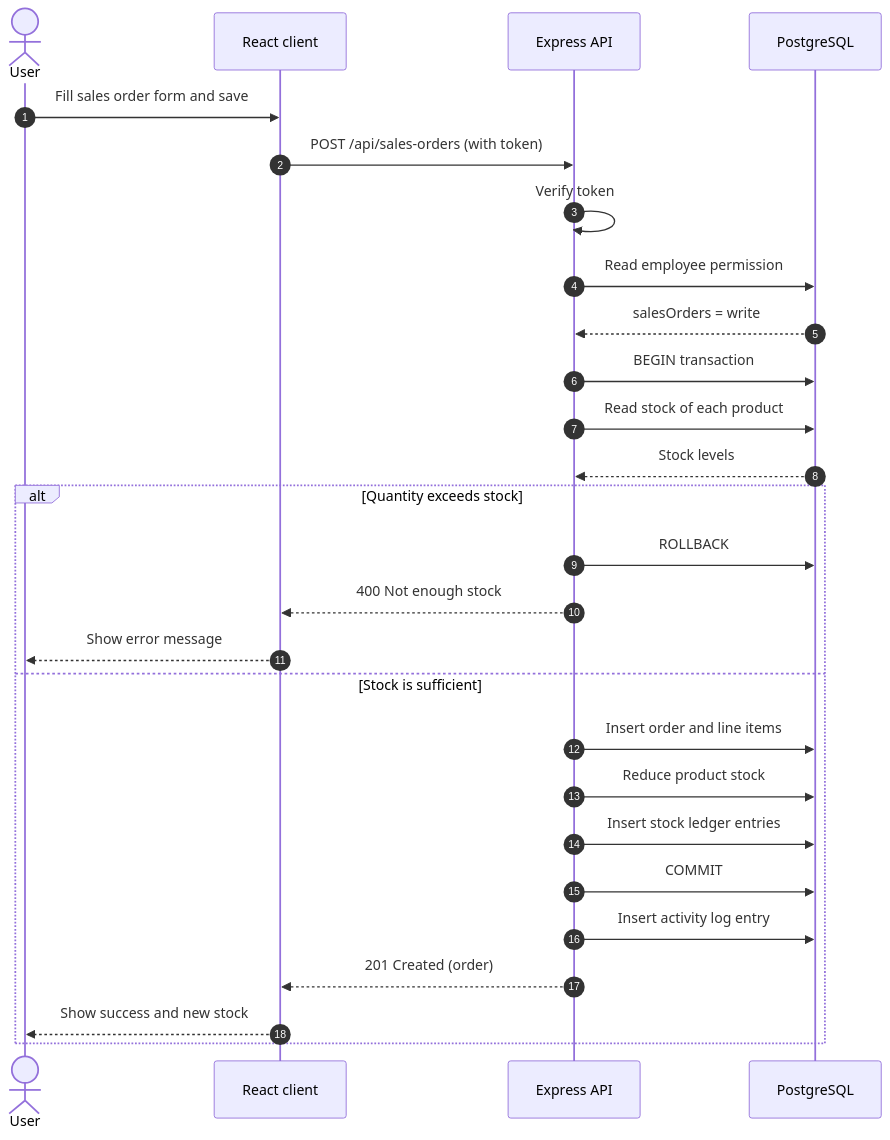
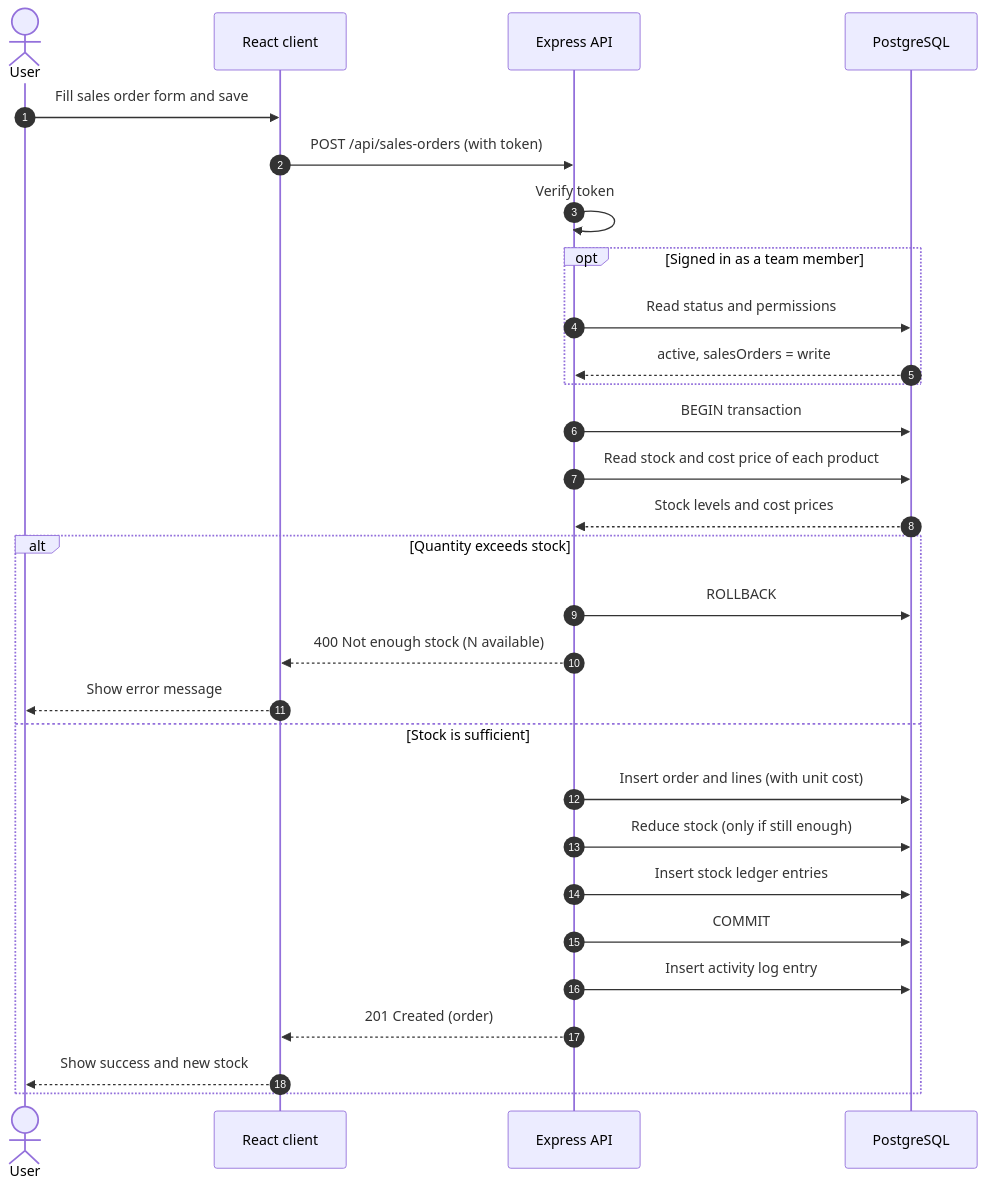
The diagram in docs/diagrams/3-sequence-sales-order.mmd (Somasekhar711/IMS), drawn with Mermaid before and after one commit. The commit also changed 67 other files, not shown here.

First line of the commit message:
docs: SRS v2.0, updated UML diagrams, feature activity/sequence diagrams

```diff
--- a/docs/diagrams/3-sequence-sales-order.mmd
+++ b/docs/diagrams/3-sequence-sales-order.mmd
@@ -1,29 +1,31 @@
 sequenceDiagram
   autonumber
   actor U as User
   participant C as React client
   participant A as Express API
   participant D as PostgreSQL
 
   U->>C: Fill sales order form and save
   C->>A: POST /api/sales-orders (with token)
   A->>A: Verify token
-  A->>D: Read employee permission
-  D-->>A: salesOrders = write
+  opt Signed in as a team member
+    A->>D: Read status and permissions
+    D-->>A: active, salesOrders = write
+  end
   A->>D: BEGIN transaction
-  A->>D: Read stock of each product
-  D-->>A: Stock levels
+  A->>D: Read stock and cost price of each product
+  D-->>A: Stock levels and cost prices
 
   alt Quantity exceeds stock
     A->>D: ROLLBACK
-    A-->>C: 400 Not enough stock
+    A-->>C: 400 Not enough stock (N available)
     C-->>U: Show error message
   else Stock is sufficient
-    A->>D: Insert order and line items
-    A->>D: Reduce product stock
+    A->>D: Insert order and lines (with unit cost)
+    A->>D: Reduce stock (only if still enough)
     A->>D: Insert stock ledger entries
     A->>D: COMMIT
     A->>D: Insert activity log entry
     A-->>C: 201 Created (order)
     C-->>U: Show success and new stock
   end
```
